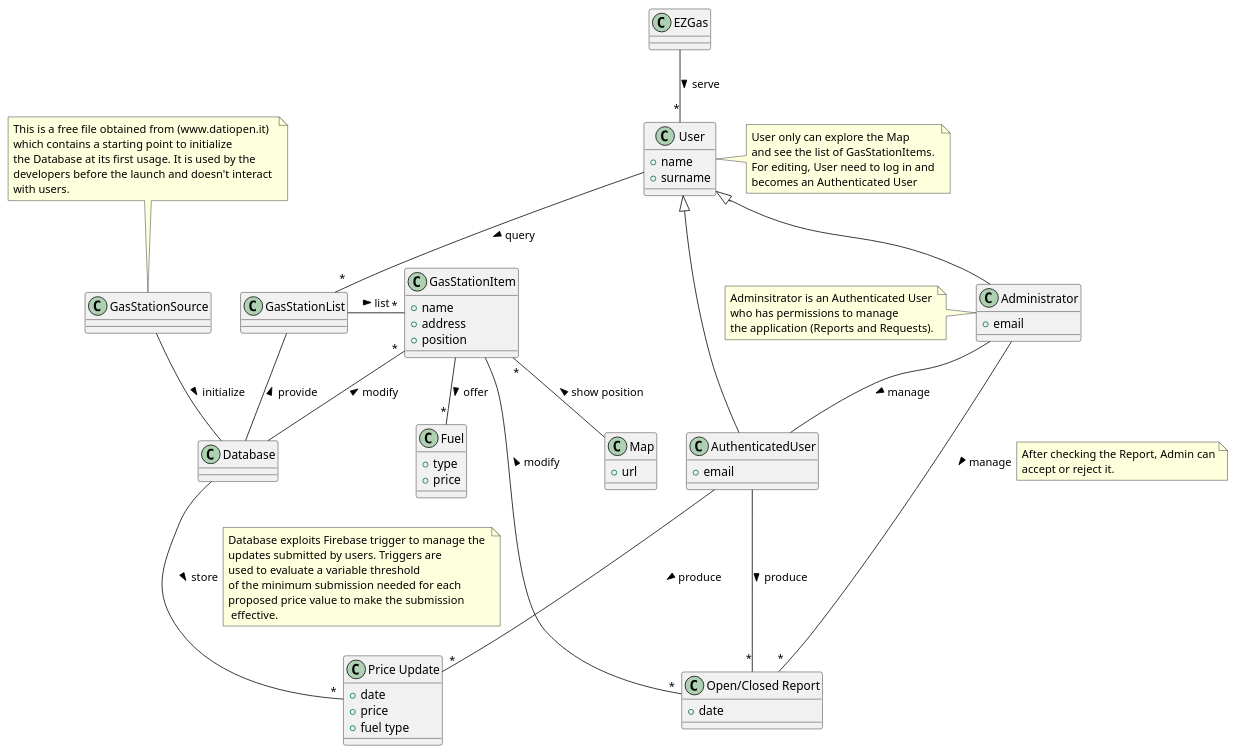
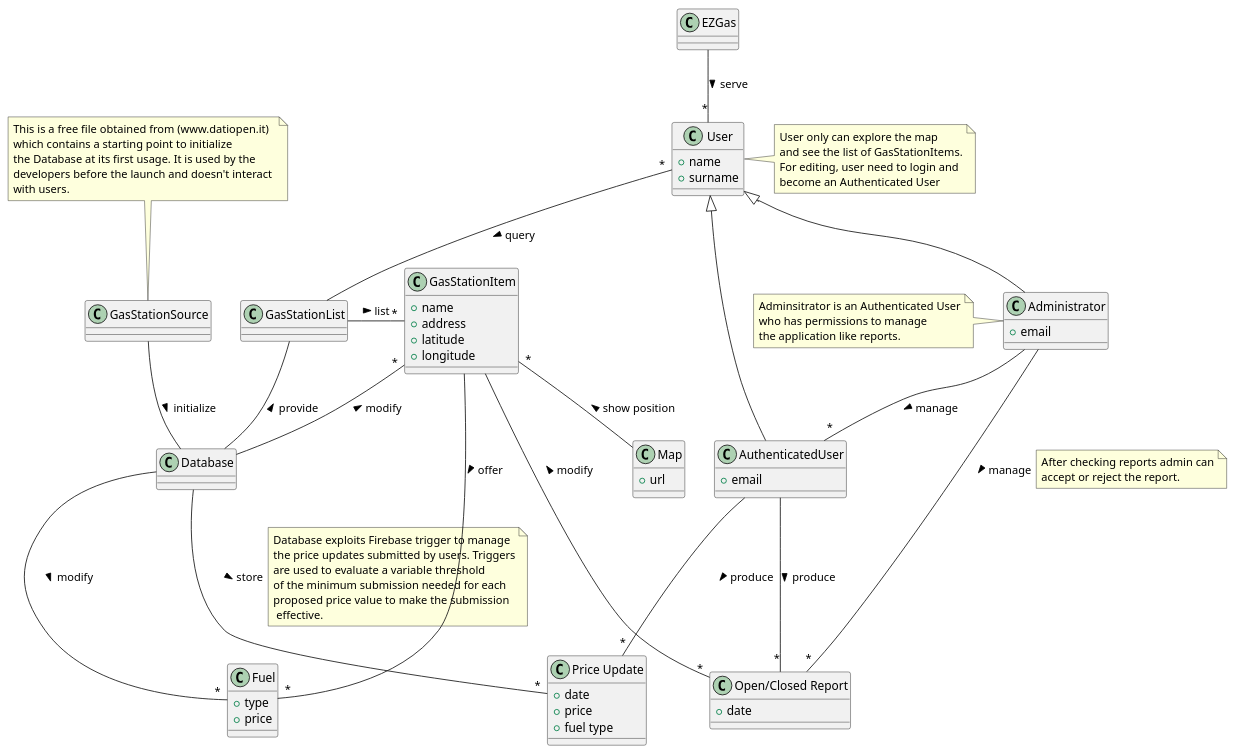
Before and after one commit to aureliocirella/se1-ezgas: the third of 5 diagrams in docs/RequirementsDocument.md, drawn with PlantUML. The commit also changed 1 other file, not shown here.

Commit message:
fix: changes in relationships and notes in glossary

```diff
--- a/docs/RequirementsDocument.md
+++ b/docs/RequirementsDocument.md
@@ -446,10 +446,10 @@
 }
 
 note right of User
-User only can explore the Map 
+User only can explore the map 
 and see the list of GasStationItems.
-For editing, User need to log in and 
-becomes an Authenticated User
+For editing, user need to login and 
+become an Authenticated User
 end note
 
 
@@ -460,7 +460,7 @@
 note left of Administrator
 Adminsitrator is an Authenticated User
 who has permissions to manage 
-the application (Reports and Requests).
+the application like reports.
 end note
 
 
@@ -470,13 +470,14 @@
 }
 
 class GasStationList {
- 
+
 }
 
 class GasStationItem {
 + name
 + address
-+ position
++ latitude
++ longitude
 }
 
 
@@ -515,23 +516,24 @@
 end note
 Database -- GasStationList : provide >
 Database -[hidden]- GasStationList 
-Administrator -- AuthenticatedUser: manage >
+Database -- "*" Fuel : modify >
+Administrator --"*" AuthenticatedUser: manage >
 User <|-- Administrator 
 GasStationList -right- "*" GasStationItem :list >
 User <|-right- AuthenticatedUser 
 GasStationItem "*"-- Map : < show position
-User -- "*"  GasStationList : query >
+User "*" -- GasStationList : query >
 GasStationItem -- "*" "Open/Closed Report" :< modify 
 Administrator -- "*"  "Open/Closed Report" :  manage >
 note right on link
-After checking the Report, Admin can
-accept or reject it.
+After checking reports admin can
+accept or reject the report.
 end note
 Database -- "*"  "Price Update" :  store >
 note right on link
-Database exploits Firebase trigger to manage the 
-updates submitted by users. Triggers are
-used to evaluate a variable threshold 
+Database exploits Firebase trigger to manage
+the price updates submitted by users. Triggers
+are used to evaluate a variable threshold 
 of the minimum submission needed for each 
 proposed price value to make the submission
  effective.
```
